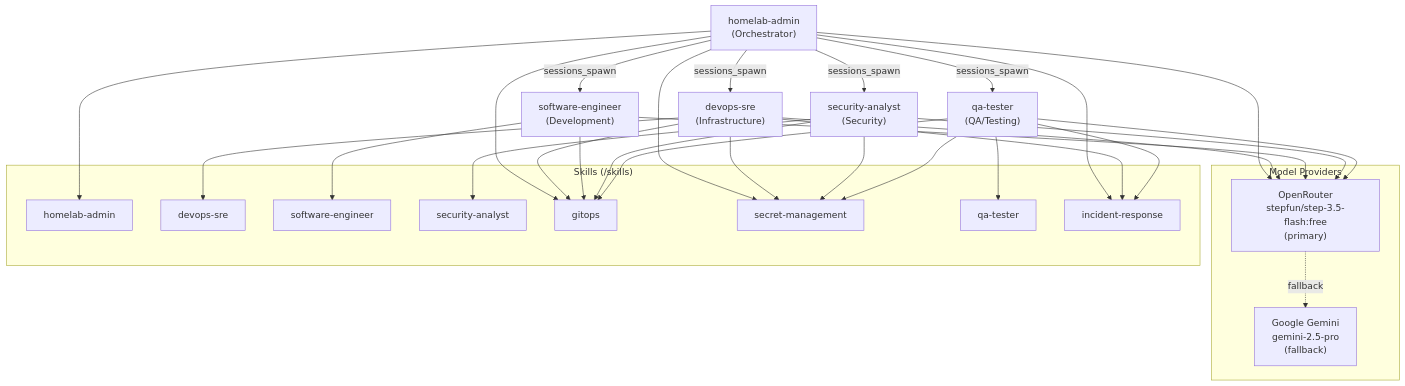
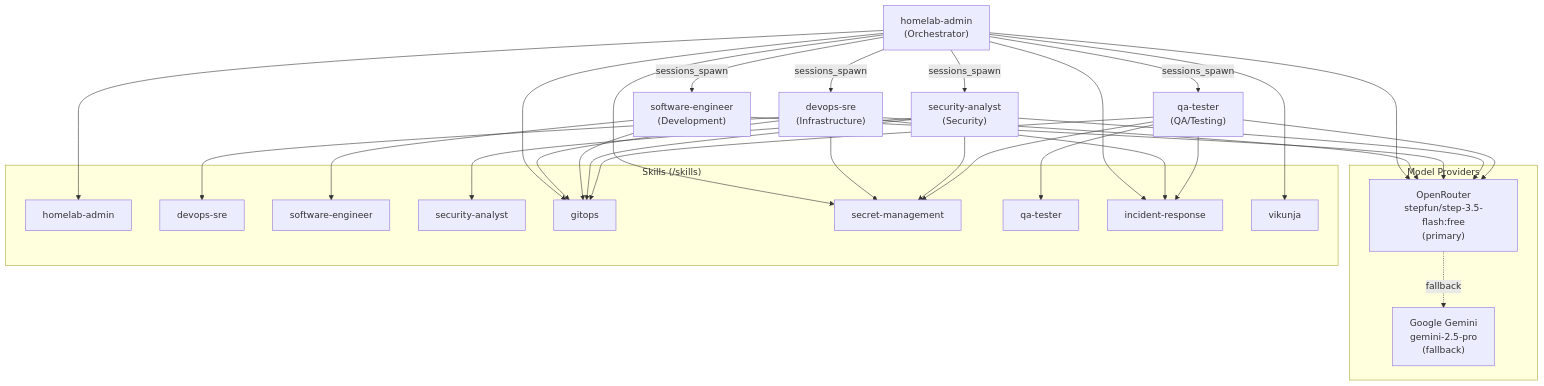
One commit to haingth77/homelab changed the sixth of 6 diagrams in k8s/apps/openclaw/README.md. Above: the diagram before and after it, drawn with Mermaid. The commit also changed other lines of this file and 12 other files, not shown here.

````diff
--- a/k8s/apps/openclaw/README.md
+++ b/k8s/apps/openclaw/README.md
@@ -660,38 +662,39 @@
 ```mermaid
 flowchart TD
     subgraph models["Model Providers"]
         OpenRouterM["OpenRouter\nstepfun/step-3.5-flash:free\n(primary)"]
         GeminiM["Google Gemini\ngemini-2.5-pro\n(fallback)"]
     end
 
     HA["homelab-admin\n(Orchestrator)"]
     DS["devops-sre\n(Infrastructure)"]
     SE["software-engineer\n(Development)"]
     SA["security-analyst\n(Security)"]
     QA["qa-tester\n(QA/Testing)"]
 
     HA -- "sessions_spawn" --> DS
     HA -- "sessions_spawn" --> SE
     HA -- "sessions_spawn" --> SA
     HA -- "sessions_spawn" --> QA
 
     HA & DS & SE & SA & QA --> OpenRouterM
     OpenRouterM -. "fallback" .-> GeminiM
 
     subgraph skills["Skills (/skills)"]
         S1["homelab-admin"]
         S2["devops-sre"]
         S3["software-engineer"]
         S4["security-analyst"]
         S5["gitops"]
         S6["secret-management"]
         S7["qa-tester"]
         S8["incident-response"]
+        S9["vikunja"]
     end
 
-    HA --> S1 & S5 & S6 & S8
+    HA --> S1 & S5 & S6 & S8 & S9
     DS --> S2 & S5 & S6 & S8
     SE --> S3 & S5
     SA --> S4 & S5 & S6
     QA --> S7 & S5 & S6 & S8
 ```
````
